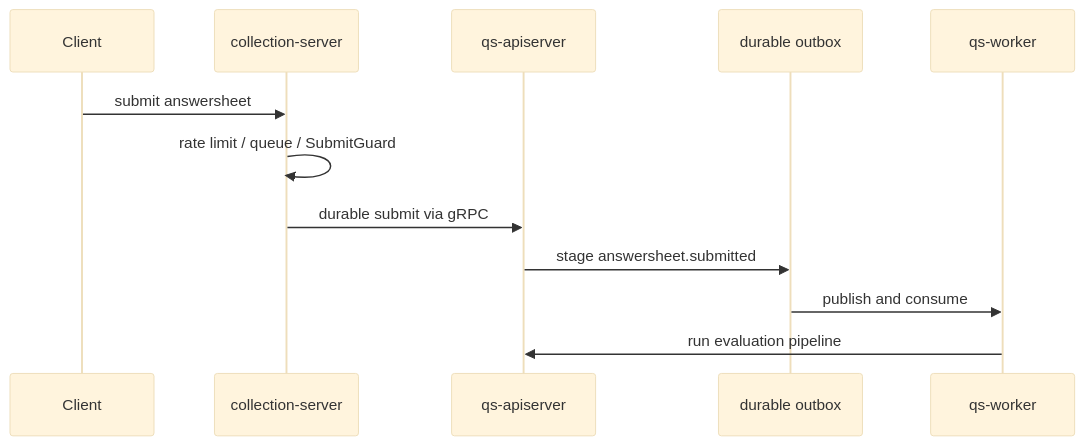
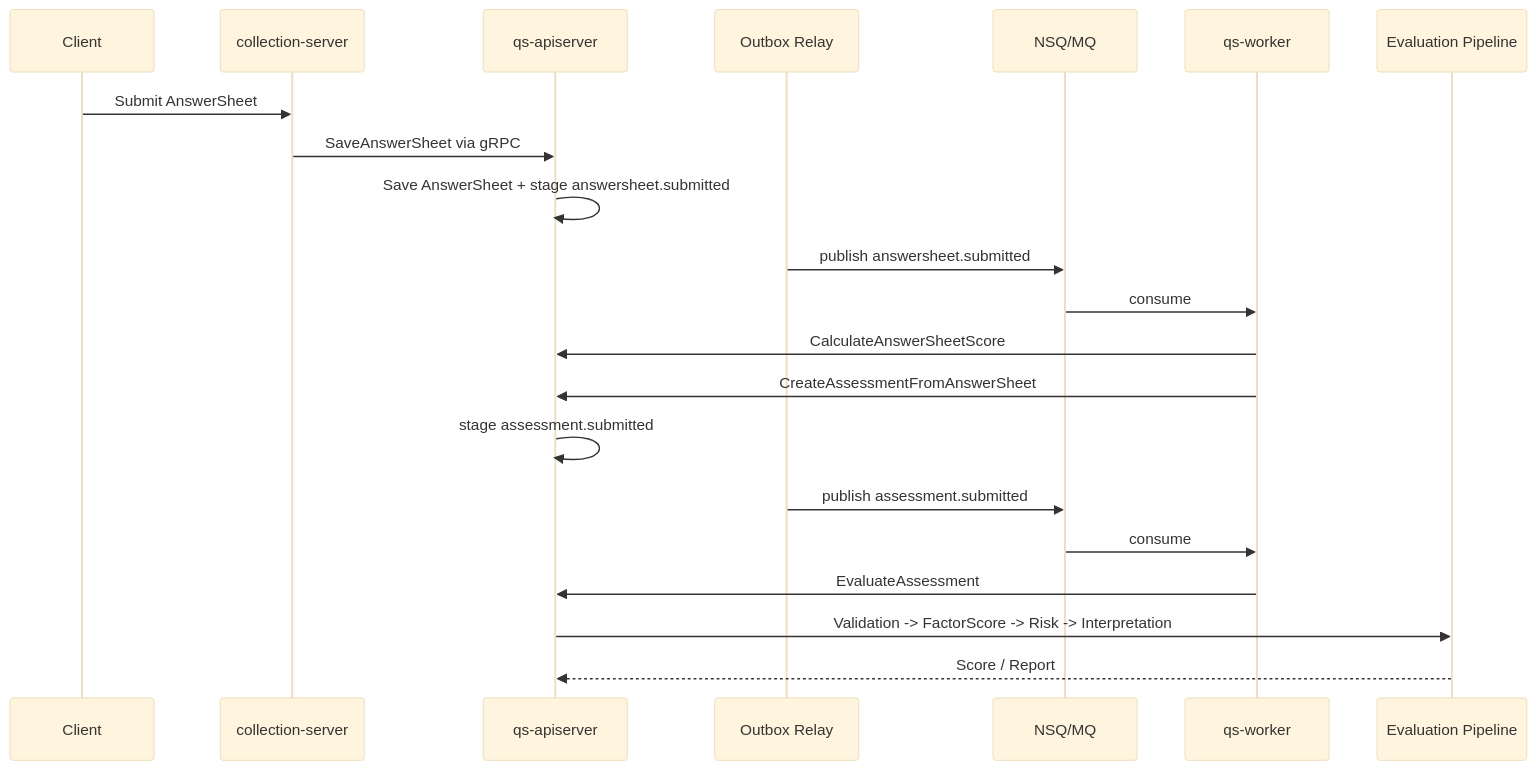
One commit to FangcunMount/qs-server changed the fourth of 7 diagrams in docs/06-宣讲/09-30分钟技术分享脚本.md. Above: the diagram before and after it, drawn with Mermaid (base theme). The commit also changed other lines of this file and 21 other files, not shown here.

````diff
--- a/docs/06-宣讲/09-30分钟技术分享脚本.md
+++ b/docs/06-宣讲/09-30分钟技术分享脚本.md
@@ -83,14 +281,24 @@
 ```mermaid
 sequenceDiagram
-    participant Client
+    participant Client as Client
     participant Collection as collection-server
     participant API as qs-apiserver
-    participant Outbox as durable outbox
+    participant Outbox as Outbox Relay
+    participant MQ as NSQ/MQ
     participant Worker as qs-worker
-    Client->>Collection: submit answersheet
-    Collection->>Collection: rate limit / queue / SubmitGuard
-    Collection->>API: durable submit via gRPC
-    API->>Outbox: stage answersheet.submitted
-    Outbox->>Worker: publish and consume
-    Worker->>API: run evaluation pipeline
+    participant Pipeline as Evaluation Pipeline
+
+    Client->>Collection: Submit AnswerSheet
+    Collection->>API: SaveAnswerSheet via gRPC
+    API->>API: Save AnswerSheet + stage answersheet.submitted
+    Outbox->>MQ: publish answersheet.submitted
+    MQ->>Worker: consume
+    Worker->>API: CalculateAnswerSheetScore
+    Worker->>API: CreateAssessmentFromAnswerSheet
+    API->>API: stage assessment.submitted
+    Outbox->>MQ: publish assessment.submitted
+    MQ->>Worker: consume
+    Worker->>API: EvaluateAssessment
+    API->>Pipeline: Validation -> FactorScore -> Risk -> Interpretation
+    Pipeline-->>API: Score / Report
 ```
````
